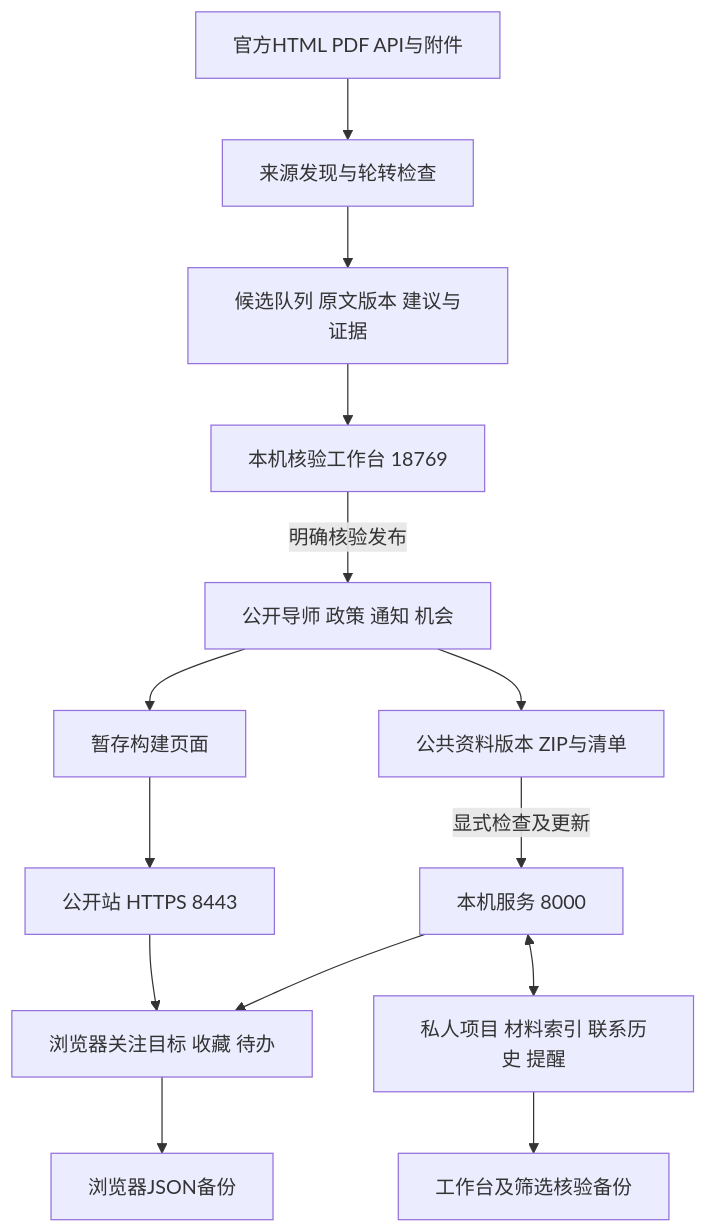
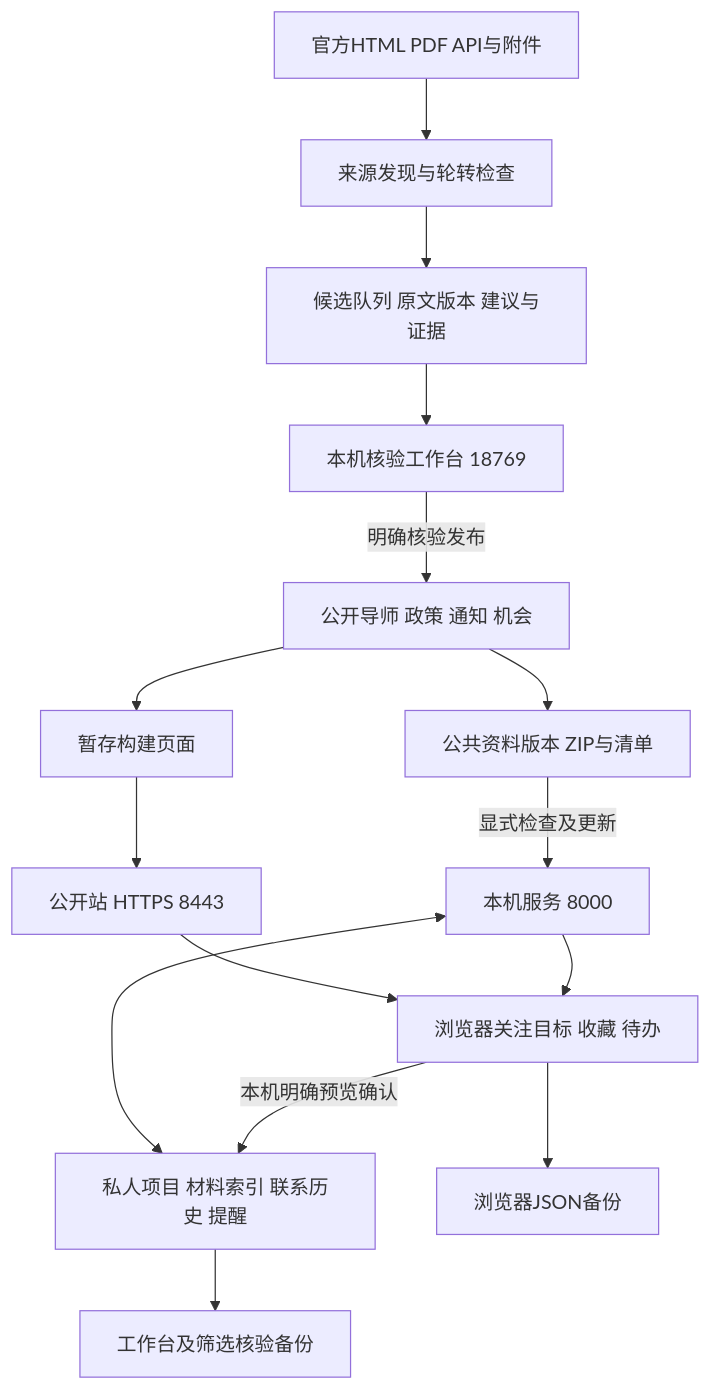
Before and after one commit to kanosa0101/Mentor-Research-and-Analysis-Tool: the diagram in ARCHITECTURE.md, drawn with Mermaid. The commit also changed other lines of this file and 7937 other files, not shown here.

````diff
--- a/ARCHITECTURE.md
+++ b/ARCHITECTURE.md
@@ -5,16 +5,17 @@
 ```mermaid
 flowchart TD
   Official[官方HTML PDF API与附件] --> Discovery[来源发现与轮转检查]
   Discovery --> Queue[候选队列 原文版本 建议与证据]
   Queue --> Review[本机核验工作台 18769]
   Review -->|明确核验发布| Public[公开导师 政策 通知 机会]
   Public --> Build[暂存构建页面]
   Build --> Web[公开站 HTTPS 8443]
   Public --> Snapshot[公共资料版本 ZIP与清单]
   Snapshot -->|显式检查及更新| Local[本机服务 8000]
   Web --> Browser[浏览器关注目标 收藏 待办]
   Local --> Browser
   Local <--> Private[私人项目 材料索引 联系历史 提醒]
+  Browser -->|本机明确预览确认| Private
   Browser --> BrowserBackup[浏览器JSON备份]
   Private --> WorkflowBackup[工作台及筛选核验备份]
 ```
````
